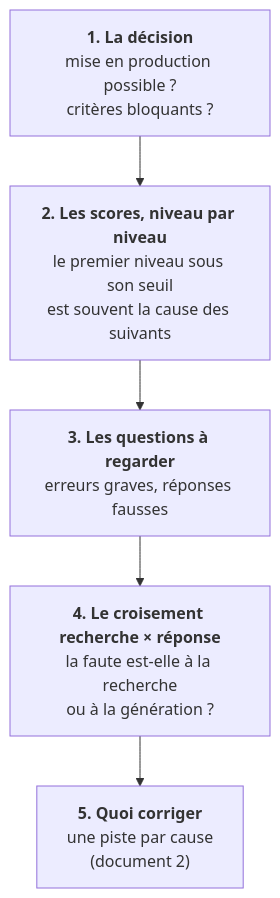
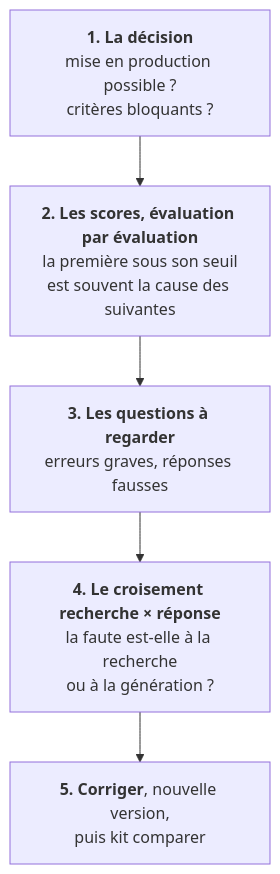
One commit to floSa/RAG-Evaluation changed the diagram in evaluation/documentation/5_resultats_et_comparaison.md. Above: the diagram before and after it, drawn with Mermaid. The commit also changed other lines of this file, not shown here.

Commit message:
Guide 5 : résultats et comparaison, renvois vers les guides de chaque évaluation

````diff
--- a/evaluation/documentation/5_resultats_et_comparaison.md
+++ b/evaluation/documentation/5_resultats_et_comparaison.md
@@ -5,7 +5,7 @@
 ```mermaid
 flowchart TD
-    D["<b>1. La décision</b><br/>mise en production possible ?<br/>critères bloquants ?"] --> S["<b>2. Les scores, niveau par niveau</b><br/>le premier niveau sous son seuil<br/>est souvent la cause des suivants"]
+    D["<b>1. La décision</b><br/>mise en production possible ?<br/>critères bloquants ?"] --> S["<b>2. Les scores, évaluation par évaluation</b><br/>la première sous son seuil<br/>est souvent la cause des suivantes"]
     S --> Q["<b>3. Les questions à regarder</b><br/>erreurs graves, réponses fausses"]
     Q --> C["<b>4. Le croisement recherche × réponse</b><br/>la faute est-elle à la recherche<br/>ou à la génération ?"]
-    C --> F["<b>5. Quoi corriger</b><br/>une piste par cause<br/>(document 2)"]
+    C --> F["<b>5. Corriger</b>, nouvelle version,<br/>puis kit comparer"]
 ```
````
